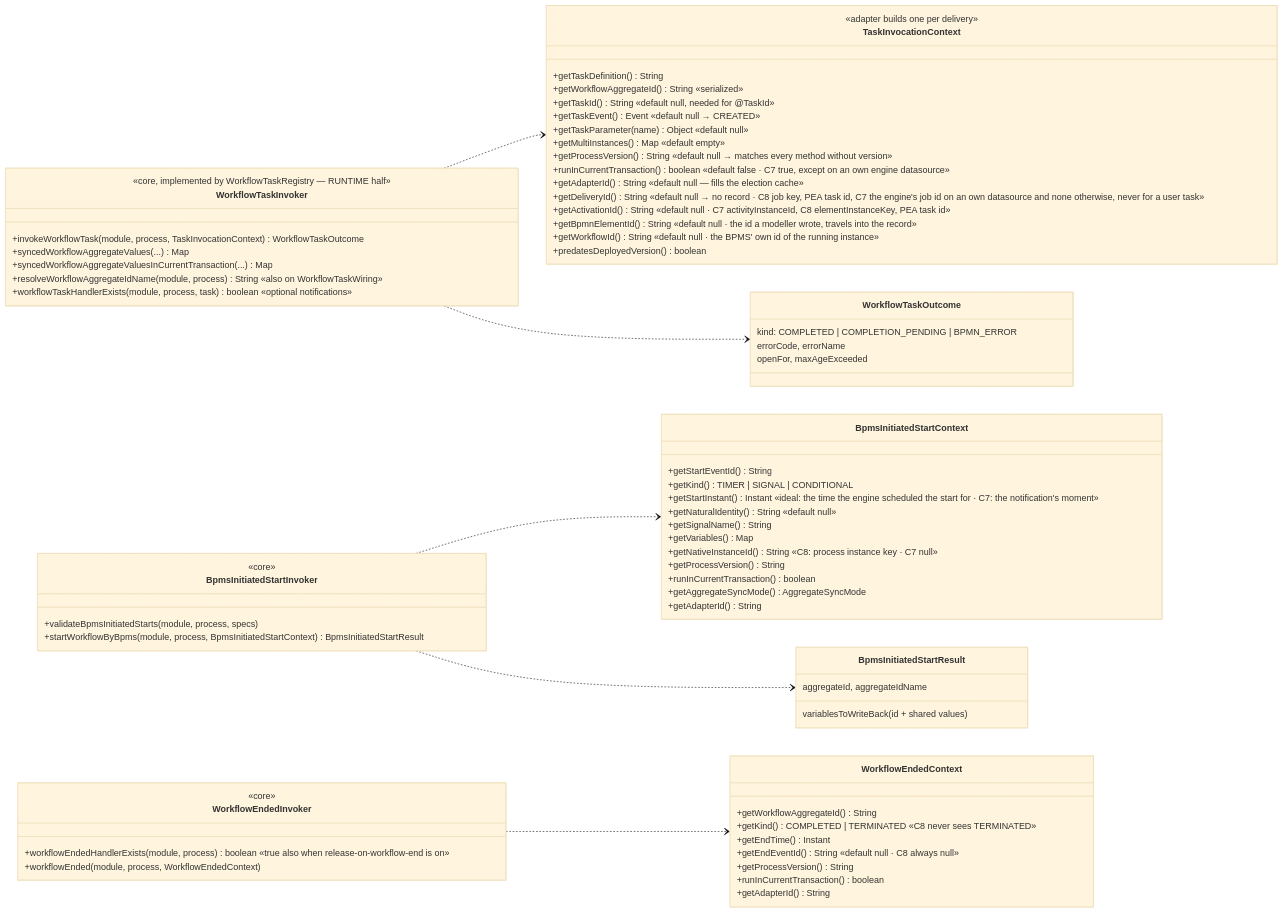
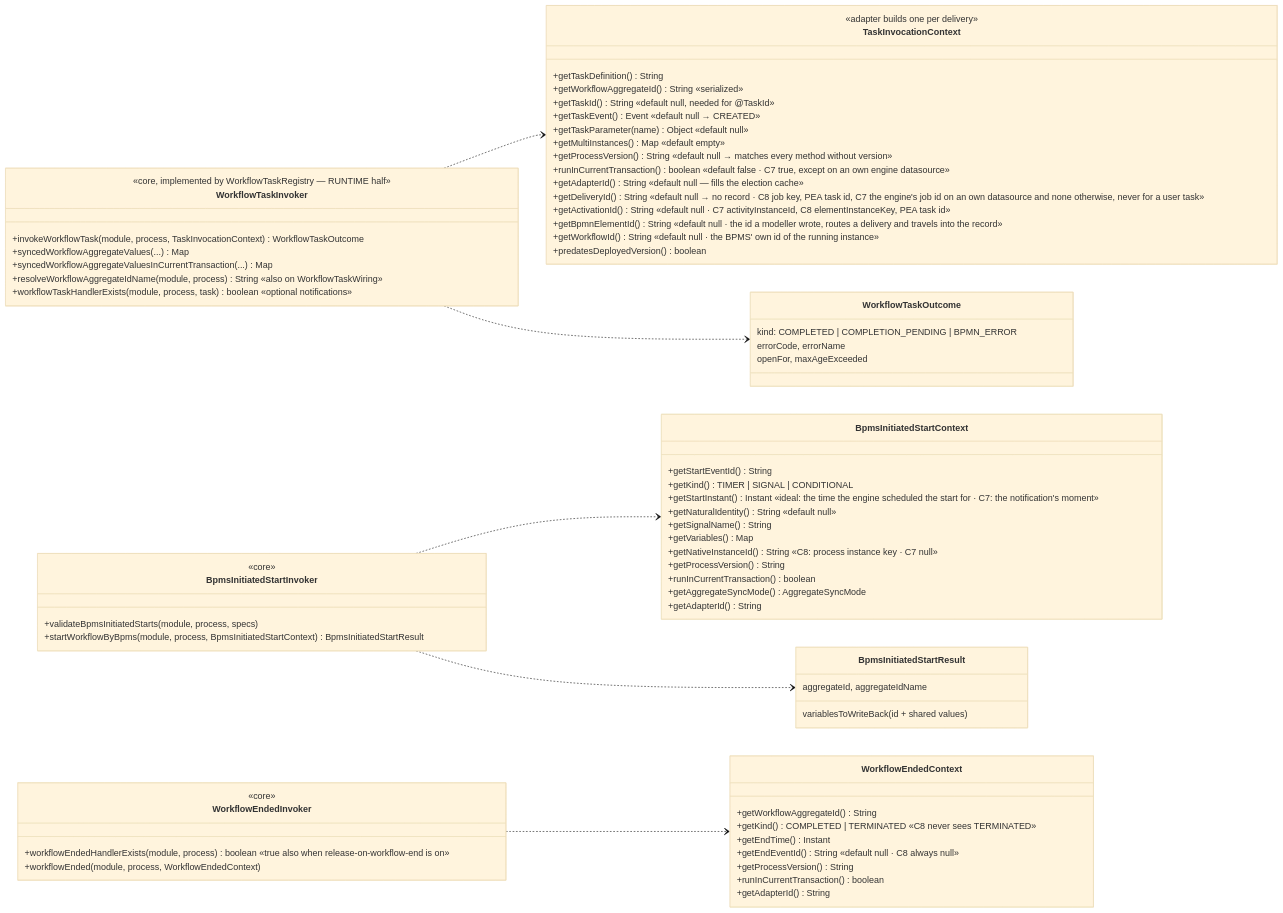
Before and after one commit to vanillabp/adapter-platform-integration: the seventh of 15 diagrams in migration-adapter/README.md, drawn with Mermaid (base theme). The commit also changed other lines of this file and 5 other files, not shown here.

````diff
--- a/migration-adapter/README.md
+++ b/migration-adapter/README.md
@@ -1001,75 +1001,75 @@
 ```mermaid
 classDiagram
   direction LR
   class WorkflowTaskInvoker {
     <<core, implemented by WorkflowTaskRegistry — RUNTIME half>>
     +invokeWorkflowTask(module, process, TaskInvocationContext) WorkflowTaskOutcome
     +syncedWorkflowAggregateValues(...) Map
     +syncedWorkflowAggregateValuesInCurrentTransaction(...) Map
     +resolveWorkflowAggregateIdName(module, process) String  «also on WorkflowTaskWiring»
     +workflowTaskHandlerExists(module, process, task) boolean  «optional notifications»
   }
   class TaskInvocationContext {
     <<adapter builds one per delivery>>
     +getTaskDefinition() String
     +getWorkflowAggregateId() String  «serialized»
     +getTaskId() String  «default null, needed for @TaskId»
     +getTaskEvent() Event  «default null → CREATED»
     +getTaskParameter(name) Object  «default null»
     +getMultiInstances() Map  «default empty»
     +getProcessVersion() String  «default null → matches every method without version»
     +runInCurrentTransaction() boolean  «default false · C7 true, except on an own engine datasource»
     +getAdapterId() String  «default null — fills the election cache»
     +getDeliveryId() String  «default null → no record · C8 job key, PEA task id, C7 the engine's job id on an own datasource and none otherwise, never for a user task»
     +getActivationId() String  «default null · C7 activityInstanceId, C8 elementInstanceKey, PEA task id»
-    +getBpmnElementId() String  «default null · the id a modeller wrote, travels into the record»
+    +getBpmnElementId() String  «default null · the id a modeller wrote, routes a delivery and travels into the record»
     +getWorkflowId() String  «default null · the BPMS' own id of the running instance»
     +predatesDeployedVersion() boolean
   }
   class WorkflowTaskOutcome {
     kind: COMPLETED | COMPLETION_PENDING | BPMN_ERROR
     errorCode, errorName
     openFor, maxAgeExceeded
   }
   class BpmsInitiatedStartInvoker {
     <<core>>
     +validateBpmsInitiatedStarts(module, process, specs)
     +startWorkflowByBpms(module, process, BpmsInitiatedStartContext) BpmsInitiatedStartResult
   }
   class BpmsInitiatedStartContext {
     +getStartEventId() String
     +getKind() TIMER | SIGNAL | CONDITIONAL
     +getStartInstant() Instant  «ideal: the time the engine scheduled the start for · C7: the notification's moment»
     +getNaturalIdentity() String  «default null»
     +getSignalName() String
     +getVariables() Map
     +getNativeInstanceId() String  «C8: process instance key · C7 null»
     +getProcessVersion() String
     +runInCurrentTransaction() boolean
     +getAggregateSyncMode() AggregateSyncMode
     +getAdapterId() String
   }
   class BpmsInitiatedStartResult {
     aggregateId, aggregateIdName
     variablesToWriteBack (id + shared values)
   }
   class WorkflowEndedInvoker {
     <<core>>
     +workflowEndedHandlerExists(module, process) boolean  «true also when release-on-workflow-end is on»
     +workflowEnded(module, process, WorkflowEndedContext)
   }
   class WorkflowEndedContext {
     +getWorkflowAggregateId() String
     +getKind() COMPLETED | TERMINATED  «C8 never sees TERMINATED»
     +getEndTime() Instant
     +getEndEventId() String  «default null · C8 always null»
     +getProcessVersion() String
     +runInCurrentTransaction() boolean
     +getAdapterId() String
   }
   WorkflowTaskInvoker ..> TaskInvocationContext
   WorkflowTaskInvoker ..> WorkflowTaskOutcome
   BpmsInitiatedStartInvoker ..> BpmsInitiatedStartContext
   BpmsInitiatedStartInvoker ..> BpmsInitiatedStartResult
   WorkflowEndedInvoker ..> WorkflowEndedContext
 ```
````
